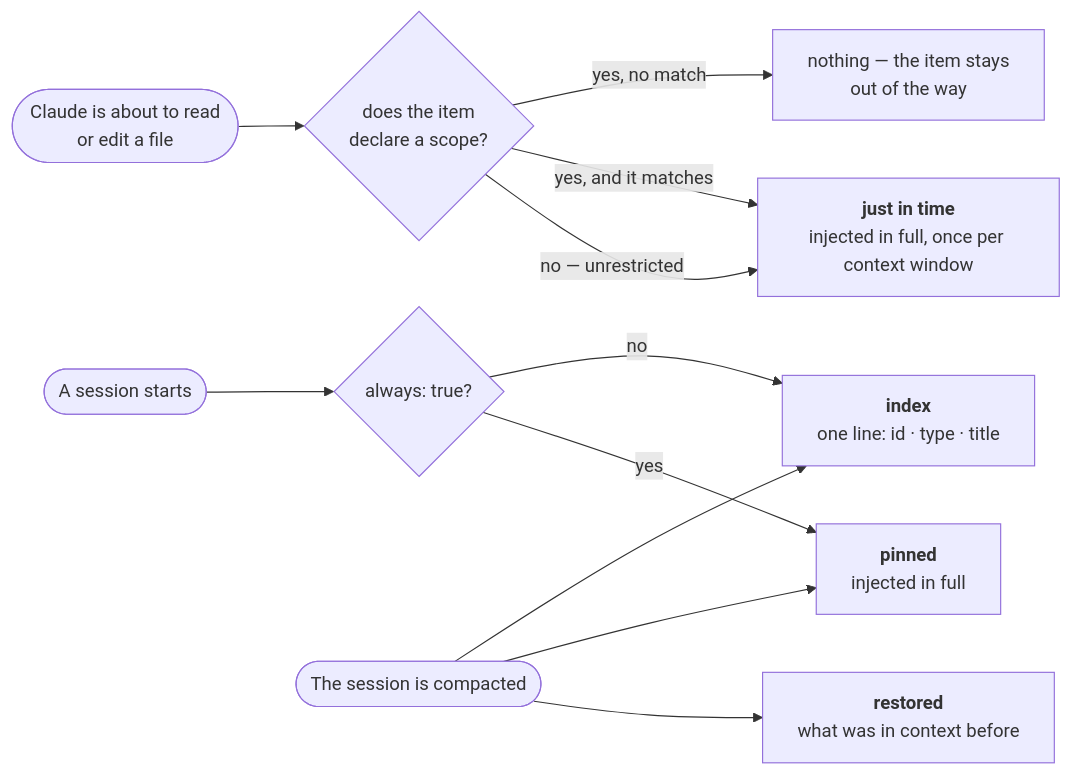
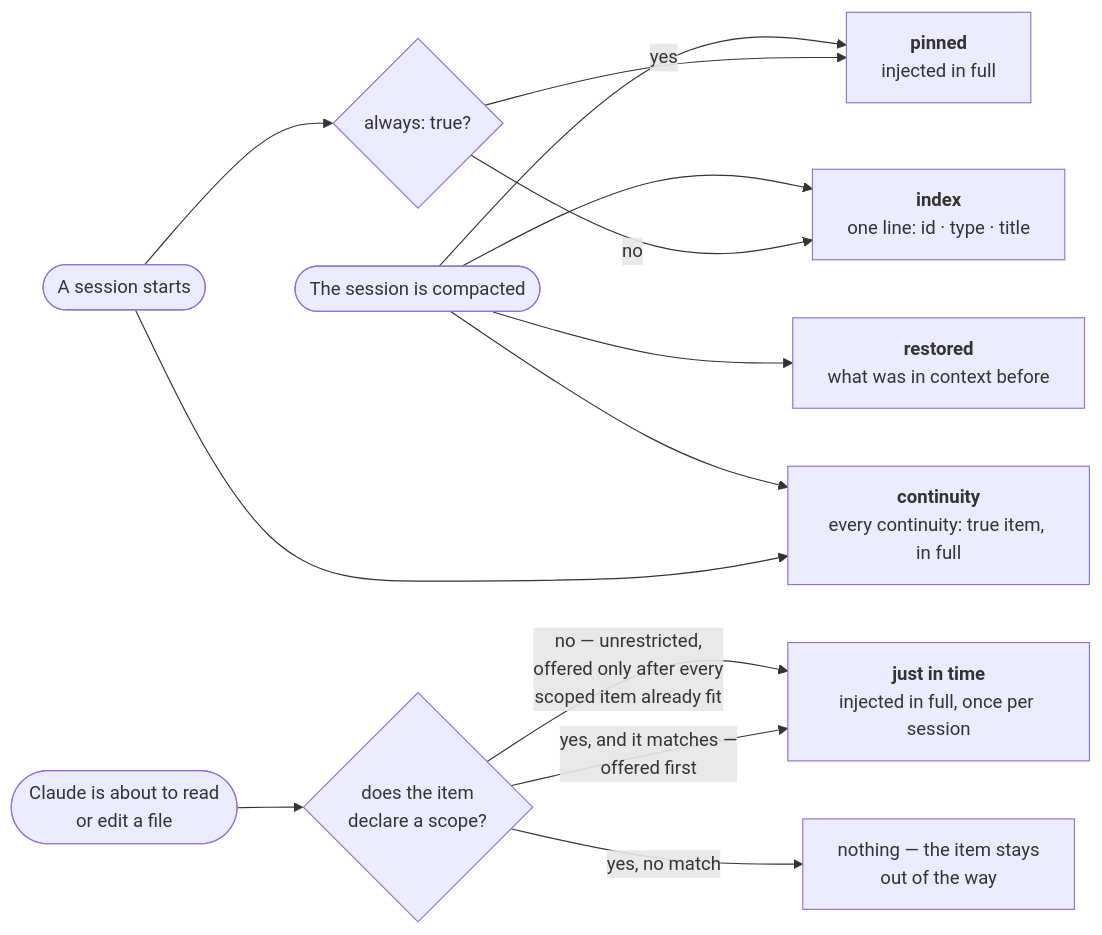
Before and after one commit to Dudi-Bar-On/my-context: the first of 3 diagrams in docs/capabilities/02-injection.md, drawn with Mermaid. The commit also changed other lines of this file and 24 other files, not shown here.

First line of the commit message:
the fence that had been shipping as a mermaid error box, and twenty-seven claims that were only wrong

````diff
--- a/docs/capabilities/02-injection.md
+++ b/docs/capabilities/02-injection.md
@@ -68,13 +68,15 @@
 ```mermaid
 flowchart LR
   S(["A session starts"]) --> Q{"always: true?"}
   Q -->|yes| PIN["<b>pinned</b><br/>injected in full"]
   Q -->|no| IDX["<b>index</b><br/>one line: id · type · title"]
+  S --> CONT["<b>continuity</b><br/>every continuity: true item, in full"]
   F(["Claude is about to read<br/>or edit a file"]) --> G{"does the item<br/>declare a scope?"}
-  G -->|"no — unrestricted"| JIT["<b>just in time</b><br/>injected in full, once per context window"]
-  G -->|"yes, and it matches"| JIT
+  G -->|"yes, and it matches —<br/>offered first"| JIT["<b>just in time</b><br/>injected in full, once per session"]
+  G -->|"no — unrestricted,<br/>offered only after every<br/>scoped item already fit"| JIT
   G -->|"yes, no match"| NO["nothing — the item stays<br/>out of the way"]
   C(["The session is compacted"]) --> RES["<b>restored</b><br/>what was in context before"]
   C --> PIN
   C --> IDX
+  C --> CONT
 ```
````
